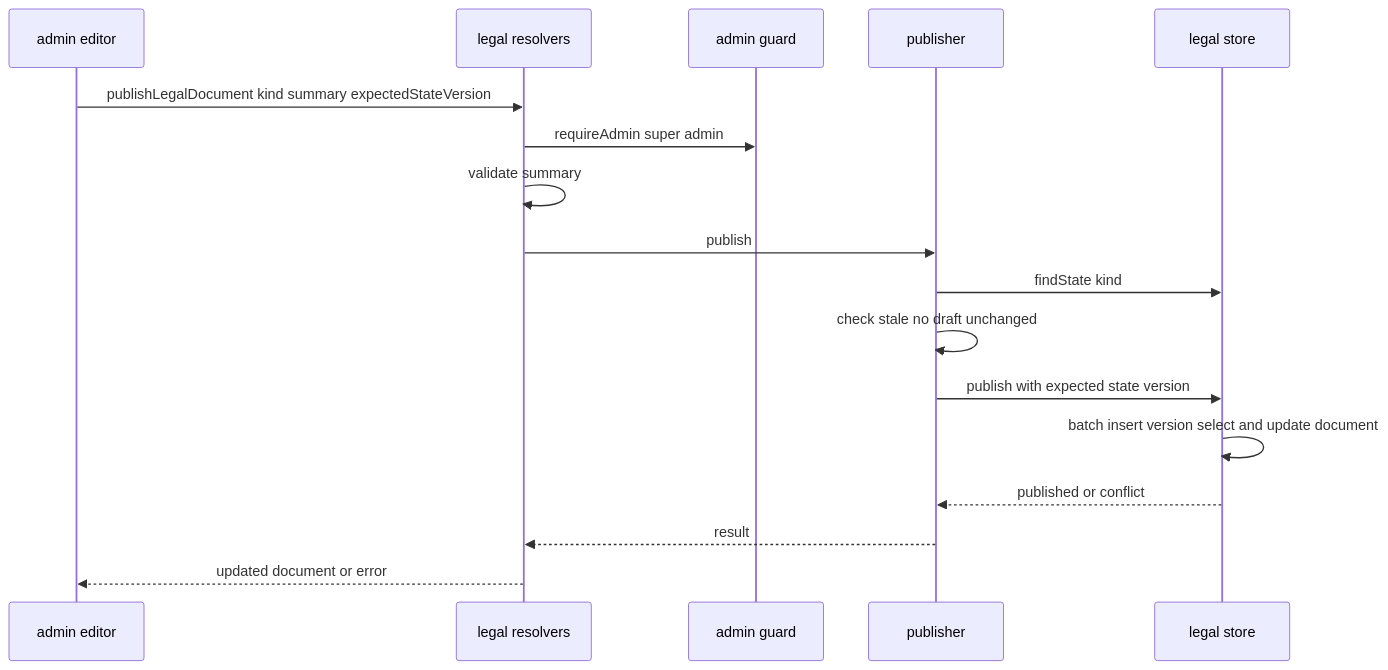
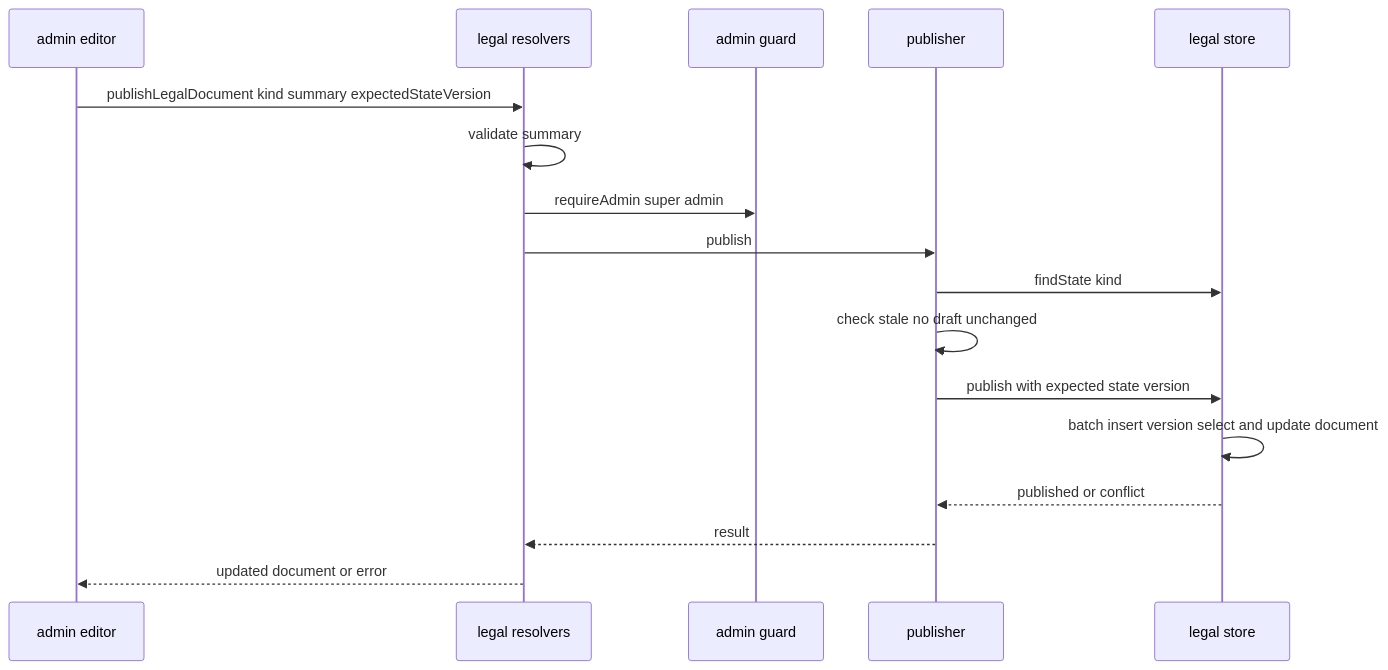
The third of 4 diagrams in .kiro/specs/legal-pages/design.md (kurachiweb/genai-example-2-launch-platform), drawn with Mermaid before and after one commit. The commit also changed other lines of this file and 11 other files, not shown here.

Commit message:
feat(legal-pages): GraphQLの管理の照会と変更を作る

````diff
--- a/.kiro/specs/legal-pages/design.md
+++ b/.kiro/specs/legal-pages/design.md
@@ -257,19 +257,19 @@
 ```mermaid
 sequenceDiagram
     participant UI as admin editor
     participant R as legal resolvers
     participant G as admin guard
     participant P as publisher
     participant S as legal store
     UI->>R: publishLegalDocument kind summary expectedStateVersion
+    R->>R: validate summary
     R->>G: requireAdmin super admin
-    R->>R: validate summary
     R->>P: publish
     P->>S: findState kind
     P->>P: check stale no draft unchanged
     P->>S: publish with expected state version
     S->>S: batch insert version select and update document
     S-->>P: published or conflict
     P-->>R: result
     R-->>UI: updated document or error
 ```
````
